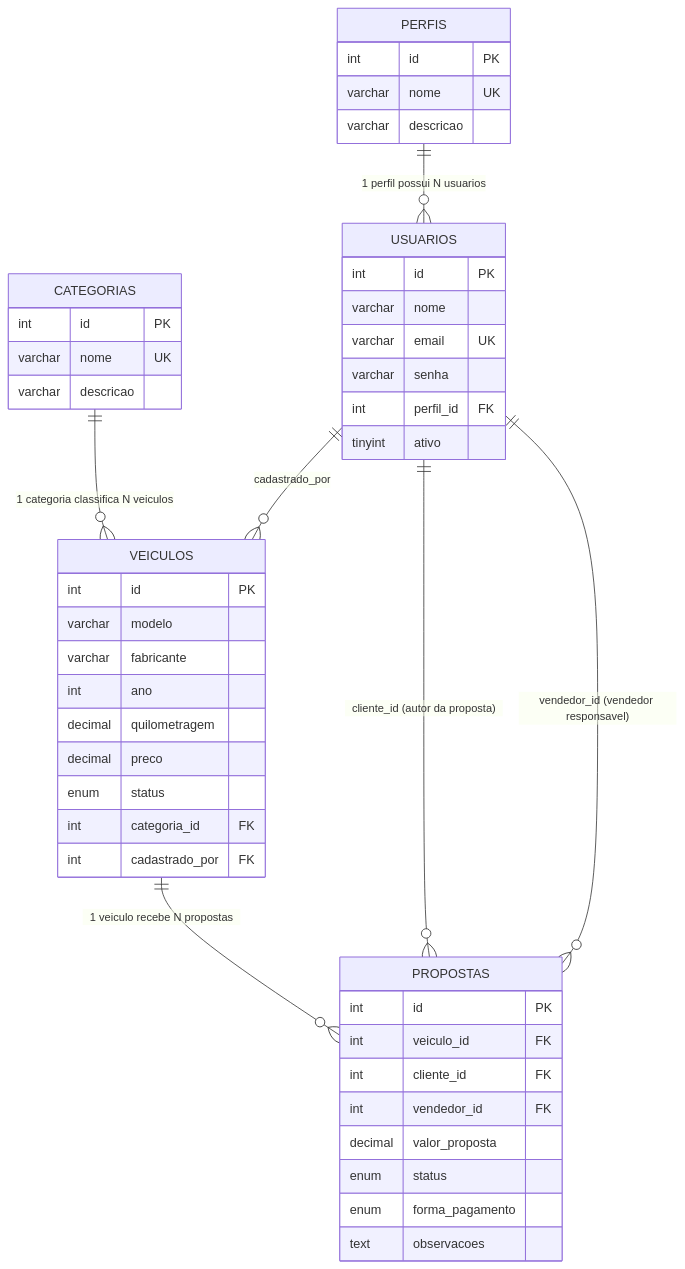
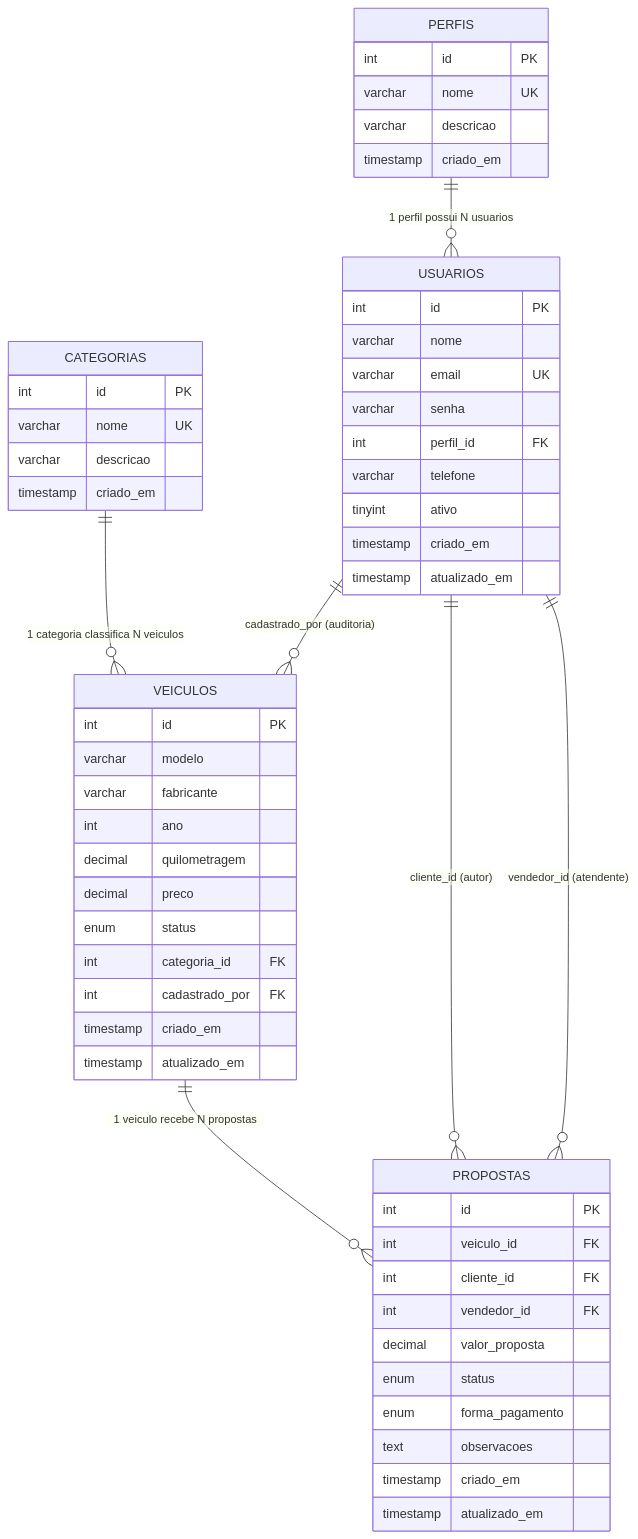
One commit to Otaviiiiozzz/repositorio-concessionaria changed the diagram in README.md. Above: the diagram before and after it, drawn with Mermaid. The commit also changed other lines of this file and 10 other files, not shown here.

````diff
--- a/README.md
+++ b/README.md
@@ -65,53 +110,62 @@
 ```mermaid
 erDiagram
     PERFIS ||--o{ USUARIOS : "1 perfil possui N usuarios"
     CATEGORIAS ||--o{ VEICULOS : "1 categoria classifica N veiculos"
-    USUARIOS ||--o{ VEICULOS : "cadastrado_por"
+    USUARIOS ||--o{ VEICULOS : "cadastrado_por (auditoria)"
     VEICULOS ||--o{ PROPOSTAS : "1 veiculo recebe N propostas"
-    USUARIOS ||--o{ PROPOSTAS : "cliente_id (autor da proposta)"
-    USUARIOS ||--o{ PROPOSTAS : "vendedor_id (vendedor responsavel)"
+    USUARIOS ||--o{ PROPOSTAS : "cliente_id (autor)"
+    USUARIOS ||--o{ PROPOSTAS : "vendedor_id (atendente)"
 
     PERFIS {
         int id PK
         varchar nome UK
         varchar descricao
+        timestamp criado_em
     }
 
     USUARIOS {
         int id PK
         varchar nome
         varchar email UK
         varchar senha
         int perfil_id FK
+        varchar telefone
         tinyint ativo
+        timestamp criado_em
+        timestamp atualizado_em
     }
 
     CATEGORIAS {
         int id PK
         varchar nome UK
         varchar descricao
+        timestamp criado_em
     }
 
     VEICULOS {
         int id PK
         varchar modelo
         varchar fabricante
         int ano
         decimal quilometragem
         decimal preco
         enum status
         int categoria_id FK
         int cadastrado_por FK
+        timestamp criado_em
+        timestamp atualizado_em
     }
 
     PROPOSTAS {
         int id PK
         int veiculo_id FK
         int cliente_id FK
         int vendedor_id FK
         decimal valor_proposta
         enum status
         enum forma_pagamento
         text observacoes
+        timestamp criado_em
+        timestamp atualizado_em
     }
 ```
````
